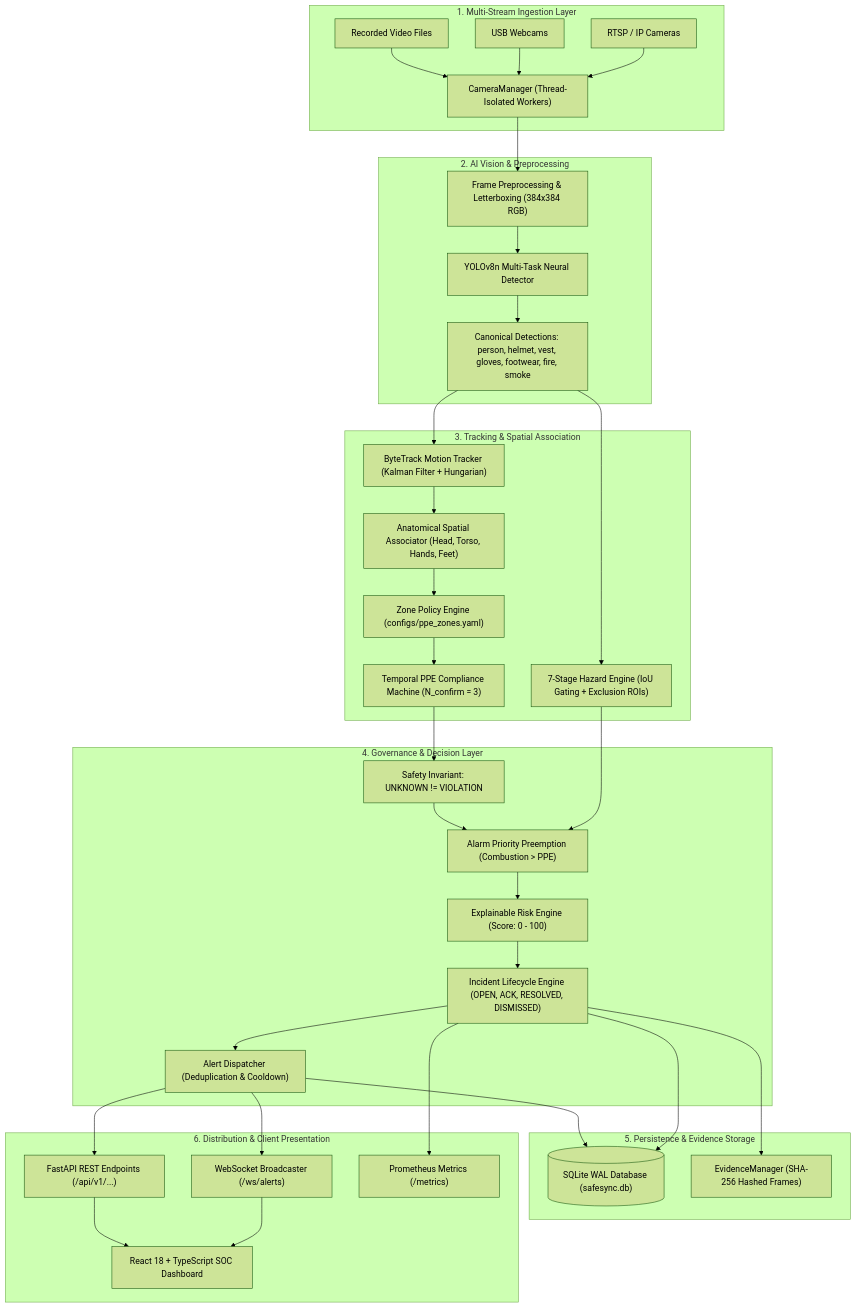
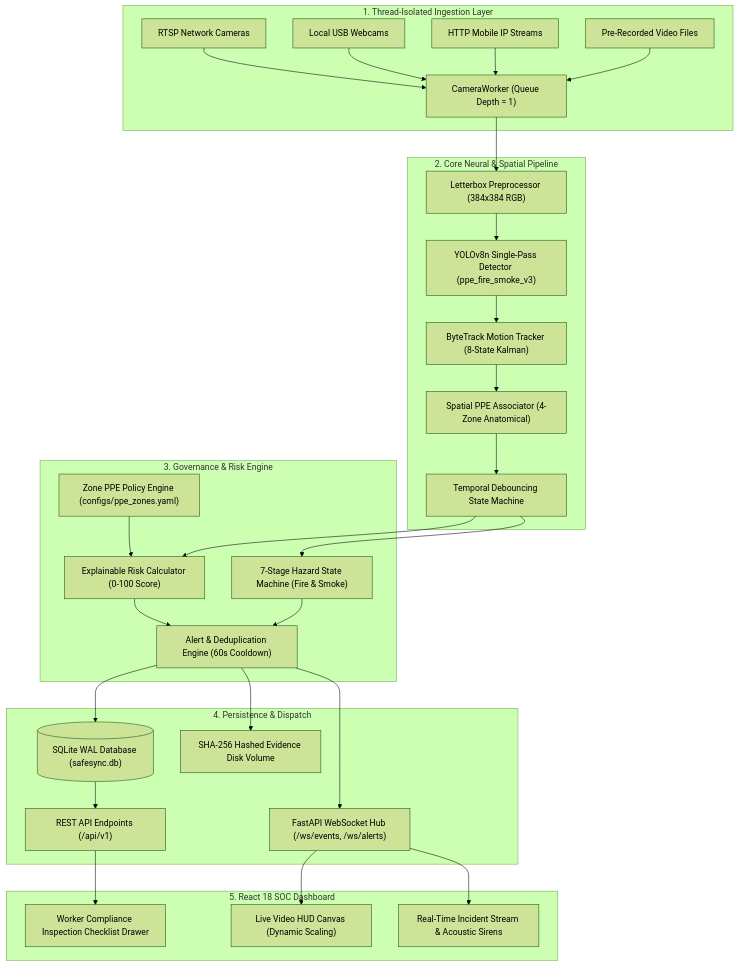
One commit to SMRU08/SafeSync changed the diagram in README.md. Above: the diagram before and after it, drawn with Mermaid (forest theme). The commit also changed other lines of this file and 67 other files, not shown here.

````diff
--- a/README.md
+++ b/README.md
@@ -83,68 +313,59 @@
 ```mermaid
 flowchart TD
-    subgraph INGESTION["1. Multi-Stream Ingestion Layer"]
-        CAM_RTSP["RTSP / IP Cameras"]
-        CAM_USB["USB Webcams"]
-        CAM_FILE["Recorded Video Files"]
-        MGR["CameraManager (Thread-Isolated Workers)"]
-        CAM_RTSP --> MGR
-        CAM_USB --> MGR
-        CAM_FILE --> MGR
+    subgraph INGESTION["1. Thread-Isolated Ingestion Layer"]
+        CAM_RTSP["RTSP Network Cameras"]
+        CAM_USB["Local USB Webcams"]
+        CAM_HTTP["HTTP Mobile IP Streams"]
+        CAM_FILE["Pre-Recorded Video Files"]
+        WORKER["CameraWorker (Queue Depth = 1)"]
+        CAM_RTSP --> WORKER
+        CAM_USB --> WORKER
+        CAM_HTTP --> WORKER
+        CAM_FILE --> WORKER
     end
 
-    subgraph INFERENCE["2. AI Vision & Preprocessing"]
-        PRE["Frame Preprocessing & Letterboxing (384x384 RGB)"]
-        YOLO["YOLOv8n Multi-Task Neural Detector"]
-        DETS["Canonical Detections: person, helmet, vest, gloves, footwear, fire, smoke"]
-        MGR --> PRE
+    subgraph AI_PIPELINE["2. Core Neural & Spatial Pipeline"]
+        PRE["Letterbox Preprocessor (384x384 RGB)"]
+        YOLO["YOLOv8n Single-Pass Detector (ppe_fire_smoke_v3)"]
+        TRACK["ByteTrack Motion Tracker (8-State Kalman)"]
+        ASSOC["Spatial PPE Associator (4-Zone Anatomical)"]
+        TEMP["Temporal Debouncing State Machine"]
+        WORKER --> PRE
         PRE --> YOLO
-        YOLO --> DETS
+        YOLO --> TRACK
+        TRACK --> ASSOC
+        ASSOC --> TEMP
     end
 
-    subgraph TRACKING_ASSOC["3. Tracking & Spatial Association"]
-        TRACK["ByteTrack Motion Tracker (Kalman Filter + Hungarian)"]
-        ASSOC["Anatomical Spatial Associator (Head, Torso, Hands, Feet)"]
-        ZONE_POL["Zone Policy Engine (configs/ppe_zones.yaml)"]
-        TEMP_PPE["Temporal PPE Compliance Machine (N_confirm = 3)"]
-        TEMP_HAZ["7-Stage Hazard Engine (IoU Gating + Exclusion ROIs)"]
-        DETS --> TRACK
-        TRACK --> ASSOC
-        ASSOC --> ZONE_POL
-        ZONE_POL --> TEMP_PPE
-        DETS --> TEMP_HAZ
+    subgraph GOVERNANCE["3. Governance & Risk Engine"]
+        RISK["Explainable Risk Calculator (0-100 Score)"]
+        POLICY["Zone PPE Policy Engine (configs/ppe_zones.yaml)"]
+        HAZARD["7-Stage Hazard State Machine (Fire & Smoke)"]
+        ALERT["Alert & Deduplication Engine (60s Cooldown)"]
+        TEMP --> RISK
+        POLICY --> RISK
+        TEMP --> HAZARD
+        RISK --> ALERT
+        HAZARD --> ALERT
     end
 
-    subgraph GOVERNANCE["4. Governance & Decision Layer"]
-        NORM["Safety Invariant: UNKNOWN != VIOLATION"]
-        ALARM_PRIO["Alarm Priority Preemption (Combustion > PPE)"]
-        RISK["Explainable Risk Engine (Score: 0 - 100)"]
-        INC["Incident Lifecycle Engine (OPEN, ACK, RESOLVED, DISMISSED)"]
-        ALERT["Alert Dispatcher (Deduplication & Cooldown)"]
-        TEMP_PPE --> NORM
-        TEMP_HAZ --> ALARM_PRIO
-        NORM --> ALARM_PRIO
-        ALARM_PRIO --> RISK
-        RISK --> INC
-        INC --> ALERT
+    subgraph PERSISTENCE["4. Persistence & Dispatch"]
+        DB[("SQLite WAL Database (safesync.db)")]
+        EVID["SHA-256 Hashed Evidence Disk Volume"]
+        WS["FastAPI WebSocket Hub (/ws/events, /ws/alerts)"]
+        REST["REST API Endpoints (/api/v1)"]
+        ALERT --> DB
+        ALERT --> EVID
+        ALERT --> WS
+        DB --> REST
     end
 
-    subgraph PERSISTENCE["5. Persistence & Evidence Storage"]
-        DB[("SQLite WAL Database (safesync.db)")]
-        EVID["EvidenceManager (SHA-256 Hashed Frames)"]
-        INC --> DB
-        ALERT --> DB
-        INC --> EVID
-    end
-
-    subgraph PRESENTATION["6. Distribution & Client Presentation"]
-        REST["FastAPI REST Endpoints (/api/v1/...)"]
-        WS["WebSocket Broadcaster (/ws/alerts)"]
-        DASH["React 18 + TypeScript SOC Dashboard"]
-        PROM["Prometheus Metrics (/metrics)"]
-        ALERT --> WS
-        ALERT --> REST
+    subgraph FRONTEND["5. React 18 SOC Dashboard"]
+        DASH["Live Video HUD Canvas (Dynamic Scaling)"]
+        FEED["Real-Time Incident Stream & Acoustic Sirens"]
+        CHECK["Worker Compliance Inspection Checklist Drawer"]
         WS --> DASH
-        REST --> DASH
-        INC --> PROM
+        WS --> FEED
+        REST --> CHECK
     end
 ```
````
